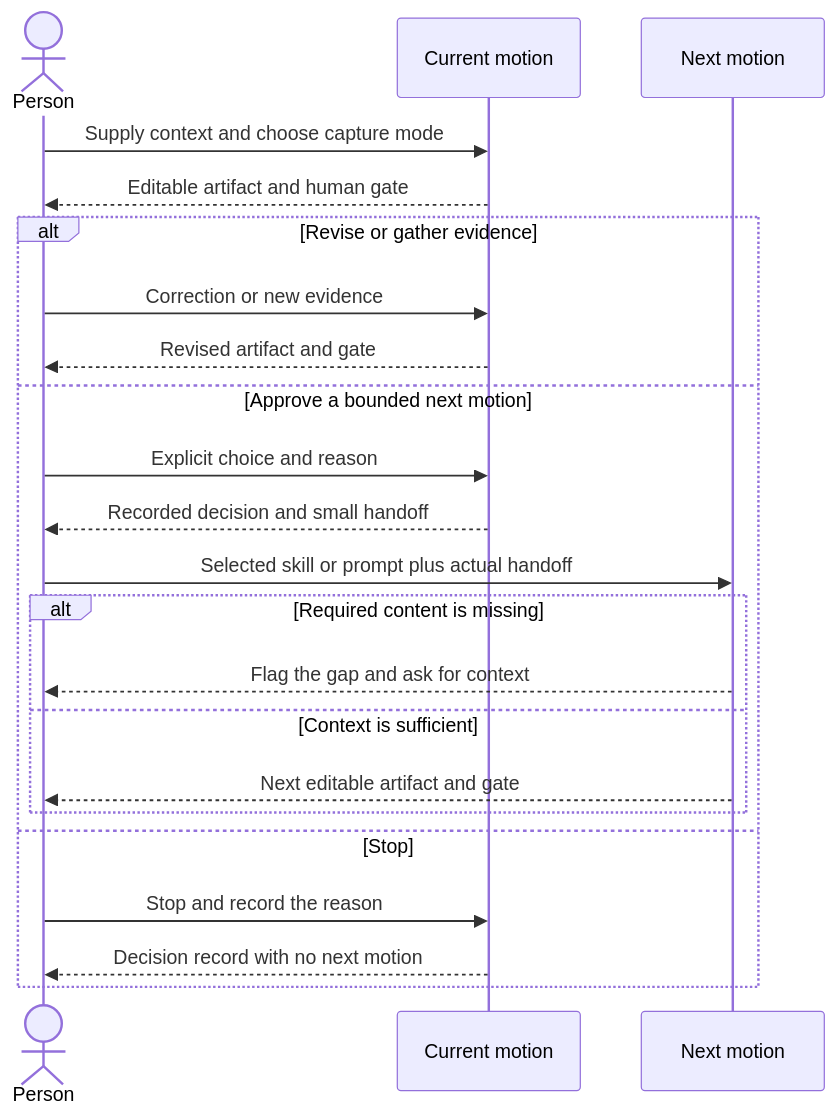
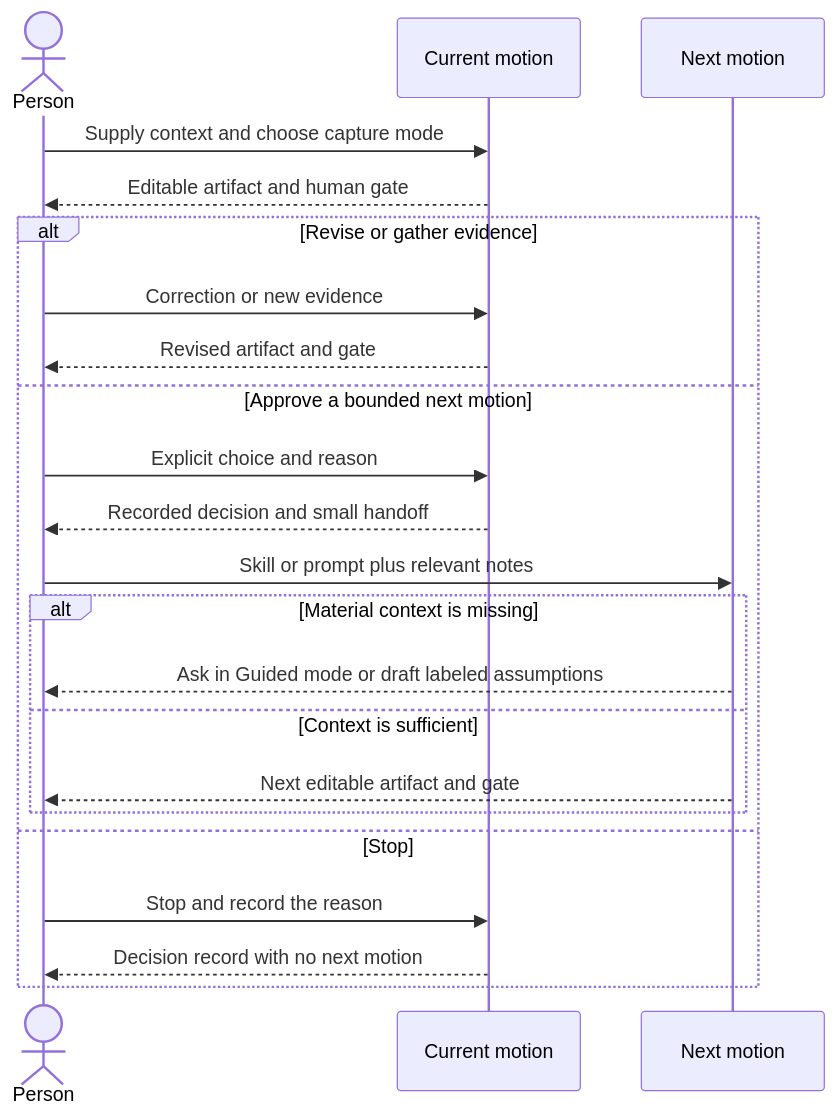
One commit to deanpeters/AI-Augmented-Product-Discovery-Lab changed the diagram in docs/CHAIN.md. Above: the diagram before and after it, drawn with Mermaid. The commit also changed other lines of this file and 74 other files, not shown here.

````diff
--- a/docs/CHAIN.md
+++ b/docs/CHAIN.md
@@ -11,24 +13,24 @@
 ```mermaid
 sequenceDiagram
     actor Person
     participant A as Current motion
     participant B as Next motion
     Person->>A: Supply context and choose capture mode
     A-->>Person: Editable artifact and human gate
     alt Revise or gather evidence
         Person->>A: Correction or new evidence
         A-->>Person: Revised artifact and gate
     else Approve a bounded next motion
         Person->>A: Explicit choice and reason
         A-->>Person: Recorded decision and small handoff
-        Person->>B: Selected skill or prompt plus actual handoff
-        alt Required content is missing
-            B-->>Person: Flag the gap and ask for context
+        Person->>B: Skill or prompt plus relevant notes
+        alt Material context is missing
+            B-->>Person: Ask in Guided mode or draft labeled assumptions
         else Context is sufficient
             B-->>Person: Next editable artifact and gate
         end
     else Stop
         Person->>A: Stop and record the reason
         A-->>Person: Decision record with no next motion
     end
 ```
````
